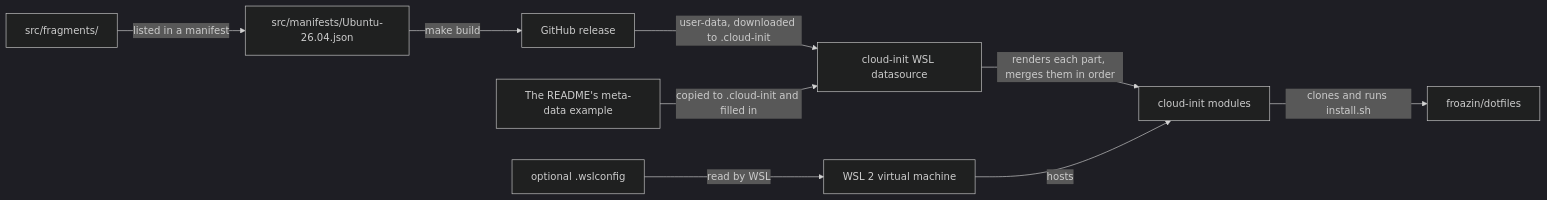
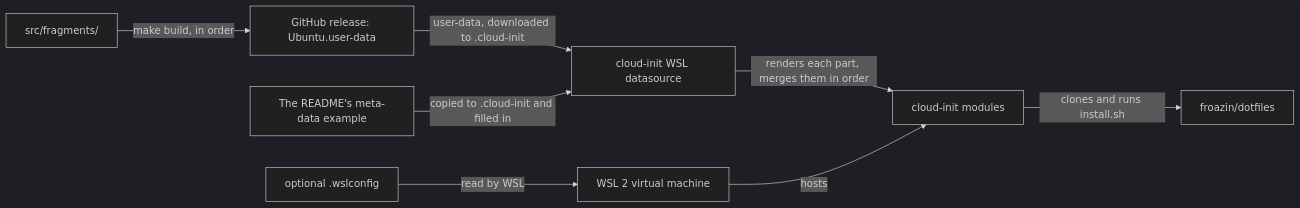
The diagram in README.md (froazin/wsl), drawn with Mermaid (dark theme) before and after one commit. The commit also changed other lines of this file and 32 other files, not shown here.

First line of the commit message:
refactor(tooling): Number the fragments and release by the user-data's hash

````diff
--- a/README.md
+++ b/README.md
@@ -194,13 +183,12 @@
 ```mermaid
 flowchart LR
     accTitle: How the files reach the instance
-    accDescr: make build joins the fragments each distro's manifest lists into one MIME user-data for the distro, and the release workflow publishes it. You download it into your Windows profile, and write the meta-data beside it from the README's example. cloud-init's WSL datasource reads them, renders each part's Jinja with the meta-data, merges the parts in the manifest's order and runs the cloud-config, which installs the dotfiles for the user and for root. WSL reads the optional .wslconfig.
-    parts["src/fragments/"] -->|"listed in a manifest"| manifest["src/manifests/Ubuntu-26.04.json"]
-    manifest -->|"make build"| release["GitHub release"]
+    accDescr: make build joins the fragments, in order, into one MIME user-data, and the release workflow publishes it. You download it into your Windows profile, and write the meta-data beside it from the README's example. cloud-init's WSL datasource reads them, renders each part's Jinja with the meta-data, merges the parts in order and runs the cloud-config, which installs the dotfiles for the user and for root. WSL reads the optional .wslconfig.
+    parts["src/fragments/"] -->|"make build, in order"| release["GitHub release: Ubuntu.user-data"]
     release -->|"user-data, downloaded to .cloud-init"| ds["cloud-init WSL datasource"]
     example["The README's meta-data example"] -->|"copied to .cloud-init and filled in"| ds
     ds -->|"renders each part, merges them in order"| modules["cloud-init modules"]
     wslconfig["optional .wslconfig"] -->|"read by WSL"| vm["WSL 2 virtual machine"]
     vm -->|hosts| modules
     modules -->|"clones and runs install.sh"| dotfiles["froazin/dotfiles"]
 ```
````
